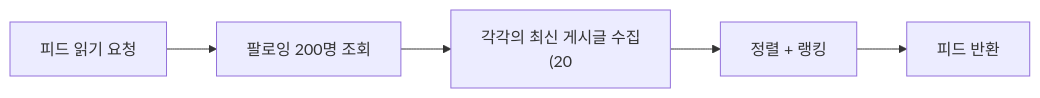
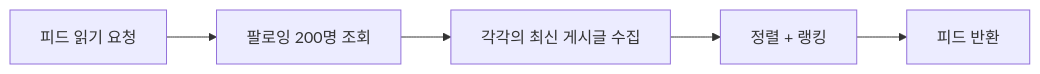
Before and after one commit to yjkim2015/yjkim2015.github.io: the second of 6 diagrams in _posts/systemdesign/2026-05-02-system-design-newsfeed.md, drawn with Mermaid. The commit also changed other lines of this file and 217 other files, not shown here.

First line of the commit message:
Mermaid 크기 수정: useMaxWidth:true + SVG max-width:100% + 라벨 축소

````diff
--- a/_posts/systemdesign/2026-05-02-system-design-newsfeed.md
+++ b/_posts/systemdesign/2026-05-02-system-design-newsfeed.md
@@ -78,7 +78,7 @@
 ```mermaid
 graph LR
     ReadReq["피드 읽기 요청"] --> Fetch["팔로잉 200명 조회"]
-    Fetch --> Gather["각각의 최신 게시글 수집\n(20"]
+    Fetch --> Gather["각각의 최신 게시글 수집"]
     Gather --> Sort["정렬 + 랭킹"]
     Sort --> Result["피드 반환"]
 ```
````
